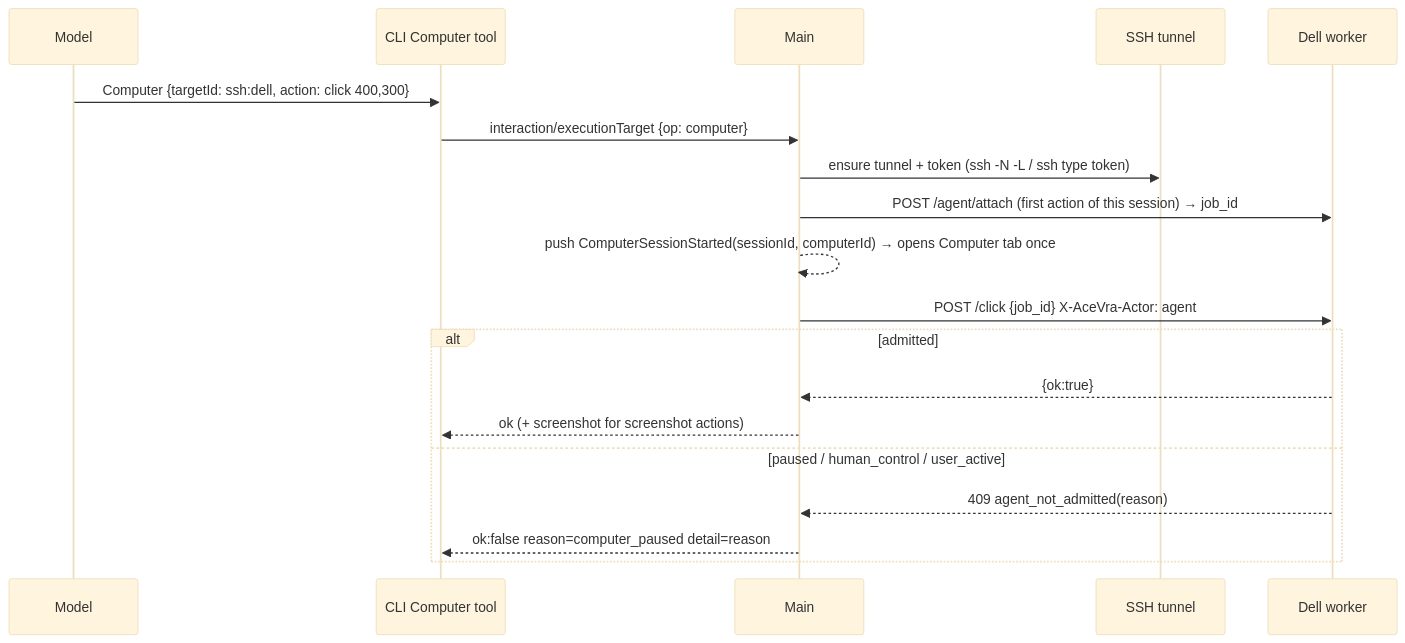
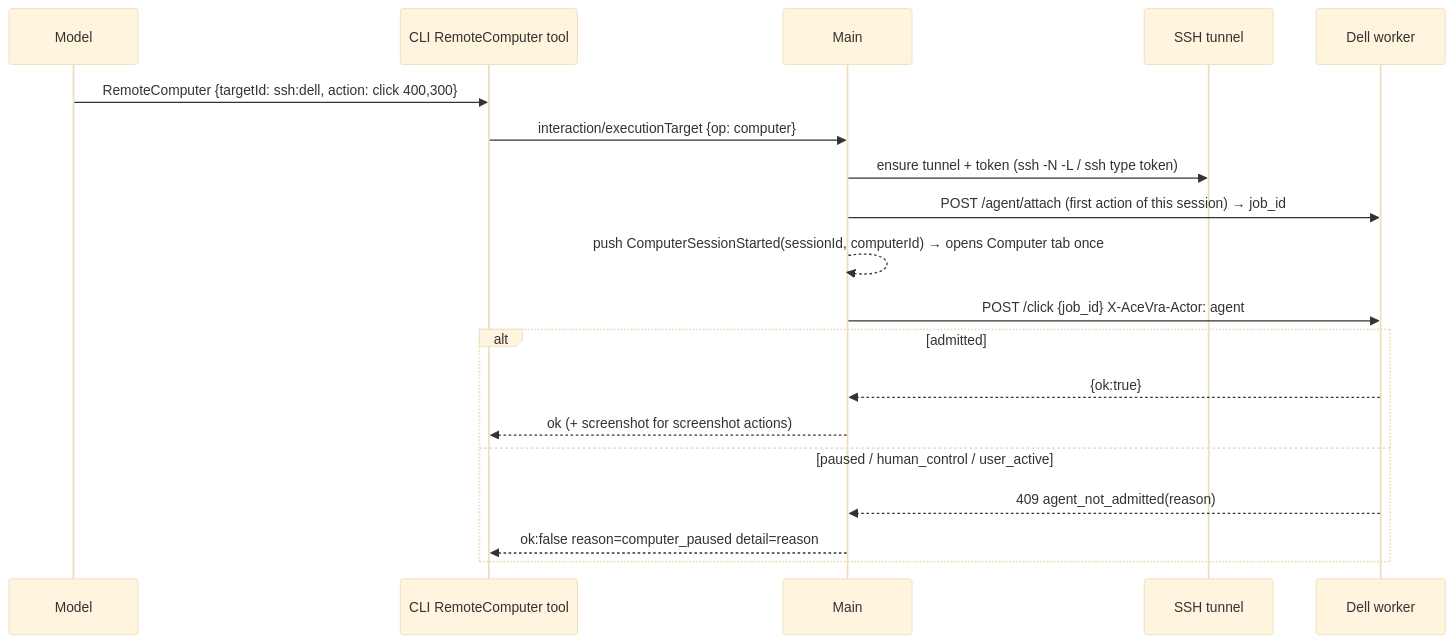
One commit to Ykkfelipe/AceVra changed the second of 5 diagrams in packages/desktop/specs/acevra-agent-computer.md. Above: the diagram before and after it, drawn with Mermaid (base theme). The commit also changed other lines of this file and 58 other files, not shown here.

First line of the commit message:
feat(computers): drive SSH computers from AceVra (RemoteComputer + Computer side-pane tab)

````diff
--- a/packages/desktop/specs/acevra-agent-computer.md
+++ b/packages/desktop/specs/acevra-agent-computer.md
@@ -239,21 +240,21 @@
 ```mermaid
 sequenceDiagram
   participant Model
-  participant CLI as CLI Computer tool
+  participant CLI as CLI RemoteComputer tool
   participant Main
   participant Tun as SSH tunnel
   participant W as Dell worker
-  Model->>CLI: Computer {targetId: ssh:dell, action: click 400,300}
+  Model->>CLI: RemoteComputer {targetId: ssh:dell, action: click 400,300}
   CLI->>Main: interaction/executionTarget {op: computer}
   Main->>Tun: ensure tunnel + token (ssh -N -L / ssh type token)
   Main->>W: POST /agent/attach (first action of this session) → job_id
   Main-->>Main: push ComputerSessionStarted(sessionId, computerId) → opens Computer tab once
   Main->>W: POST /click {job_id} X-AceVra-Actor: agent
   alt admitted
     W-->>Main: {ok:true}
     Main-->>CLI: ok (+ screenshot for screenshot actions)
   else paused / human_control / user_active
     W-->>Main: 409 agent_not_admitted(reason)
     Main-->>CLI: ok:false reason=computer_paused detail=reason
   end
 ```
````
